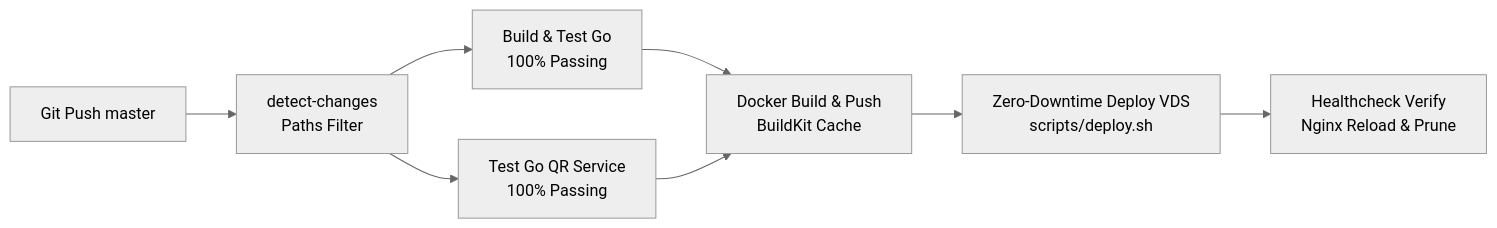
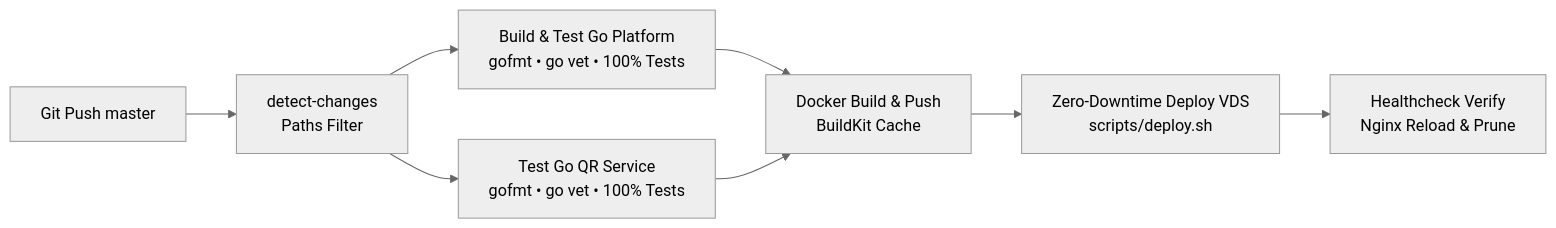
Before and after one commit to AndreyJVM/portfolio-service: the second of 4 diagrams in README.md, drawn with Mermaid (neutral theme). The commit also changed other lines of this file, not shown here.

Commit message:
docs: restructure README with dual-language support (EN/RU) and updated architecture

````diff
--- a/README.md
+++ b/README.md
@@ -133,10 +107,10 @@
 ```mermaid
 flowchart LR
     A[Git Push master] --> B[detect-changes<br/>Paths Filter]
-    B --> C[Build & Test Go<br/>100% Passing]
-    B --> D[Test Go QR Service<br/>100% Passing]
+    B --> C[Build & Test Go Platform<br/>gofmt • go vet • 100% Tests]
+    B --> D[Test Go QR Service<br/>gofmt • go vet • 100% Tests]
     C --> E[Docker Build & Push<br/>BuildKit Cache]
     D --> E
     E --> F[Zero-Downtime Deploy VDS<br/>scripts/deploy.sh]
     F --> G[Healthcheck Verify<br/>Nginx Reload & Prune]
 ```
````
